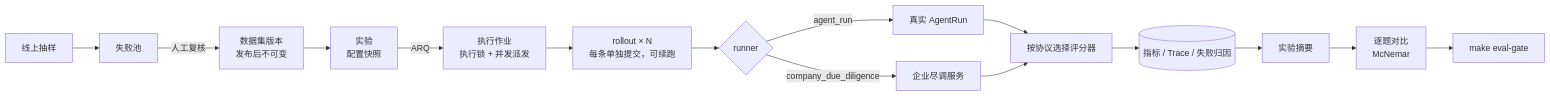
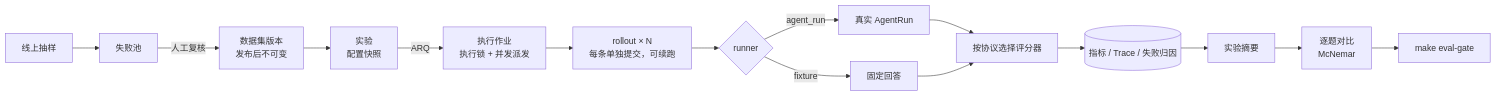
Before and after one commit to 1yu2/company-relation: the third of 3 diagrams in README.md, drawn with Mermaid. The commit also changed other lines of this file and 78 other files, not shown here.

````diff
--- a/README.md
+++ b/README.md
@@ -84,16 +86,16 @@
 ```mermaid
 flowchart LR
     DS[数据集版本<br/>发布后不可变] --> EXP[实验<br/>配置快照]
     EXP -->|ARQ| JOB[执行作业<br/>执行锁 + 并发派发]
     JOB --> RO[rollout × N<br/>每条单独提交，可续跑]
     RO --> RUN{runner}
     RUN -->|agent_run| AR[真实 AgentRun]
-    RUN -->|company_due_diligence| CS[企业尽调服务]
+    RUN -->|fixture| FX[固定回答]
     AR --> EVAL[按协议选择评分器]
-    CS --> EVAL
+    FX --> EVAL
     EVAL --> M[(指标 / Trace / 失败归因)]
     M --> SUM[实验摘要]
     SUM --> CMP[逐题对比<br/>McNemar]
     CMP --> GATE[make eval-gate]
     ONL[线上抽样] --> POOL[失败池] -->|人工复核| DS
 ```
````
